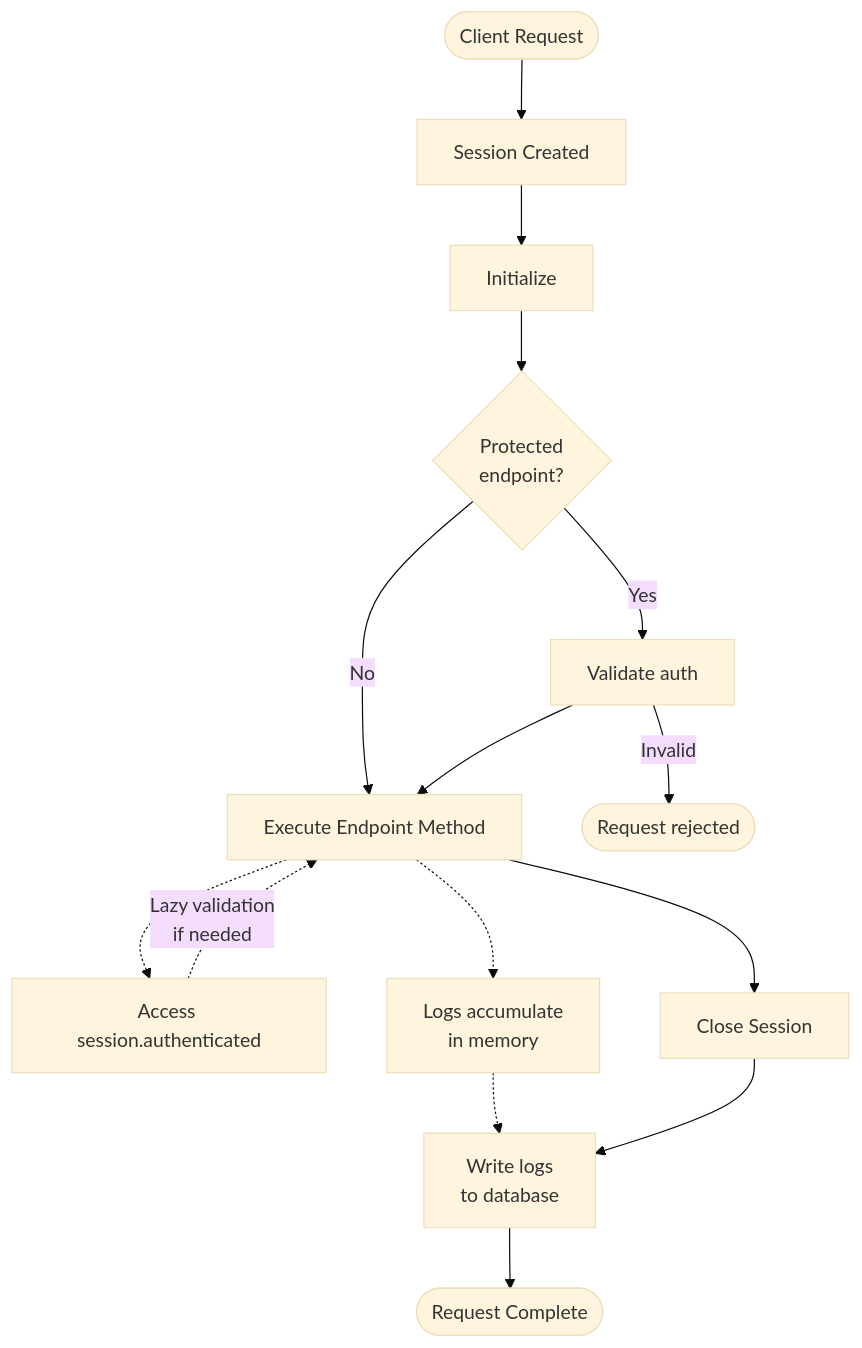
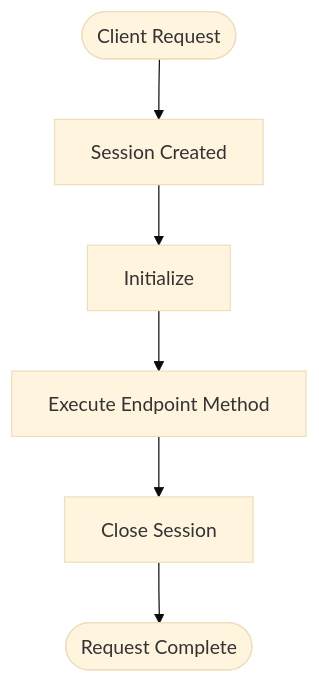
Before and after one commit to serverpod/serverpod_docs: the diagram in docs/06-concepts/05-sessions.md, drawn with Mermaid (base theme). The commit also changed other lines of this file, not shown here.

````diff
--- a/docs/06-concepts/05-sessions.md
+++ b/docs/06-concepts/05-sessions.md
@@ -15,21 +210,8 @@
 ```mermaid
 flowchart TB
     Request([Client Request]) --> Create[Session Created]
     Create --> Init[Initialize]
-    
-    Init --> Check{Protected<br/>endpoint?}
-    Check -->|Yes| Validate[Validate auth]
-    Check -->|No| Active[Execute Endpoint Method]
-    Validate --> Active
-    Validate -->|Invalid| End2([Request rejected])
-    
-    Active -.-> Auth[Access session.authenticated]
-    Auth -.->|Lazy validation<br/>if needed| Active
-    
+    Init --> Active[Execute Endpoint Method]
     Active --> Close[Close Session]
-    Active -.-> Logs[Logs accumulate<br/>in memory]
-    
-    Logs -.-> Write
-    Close --> Write[Write logs<br/>to database]
-    Write --> End([Request Complete])
+    Close --> End([Request Complete])
 ```
````
